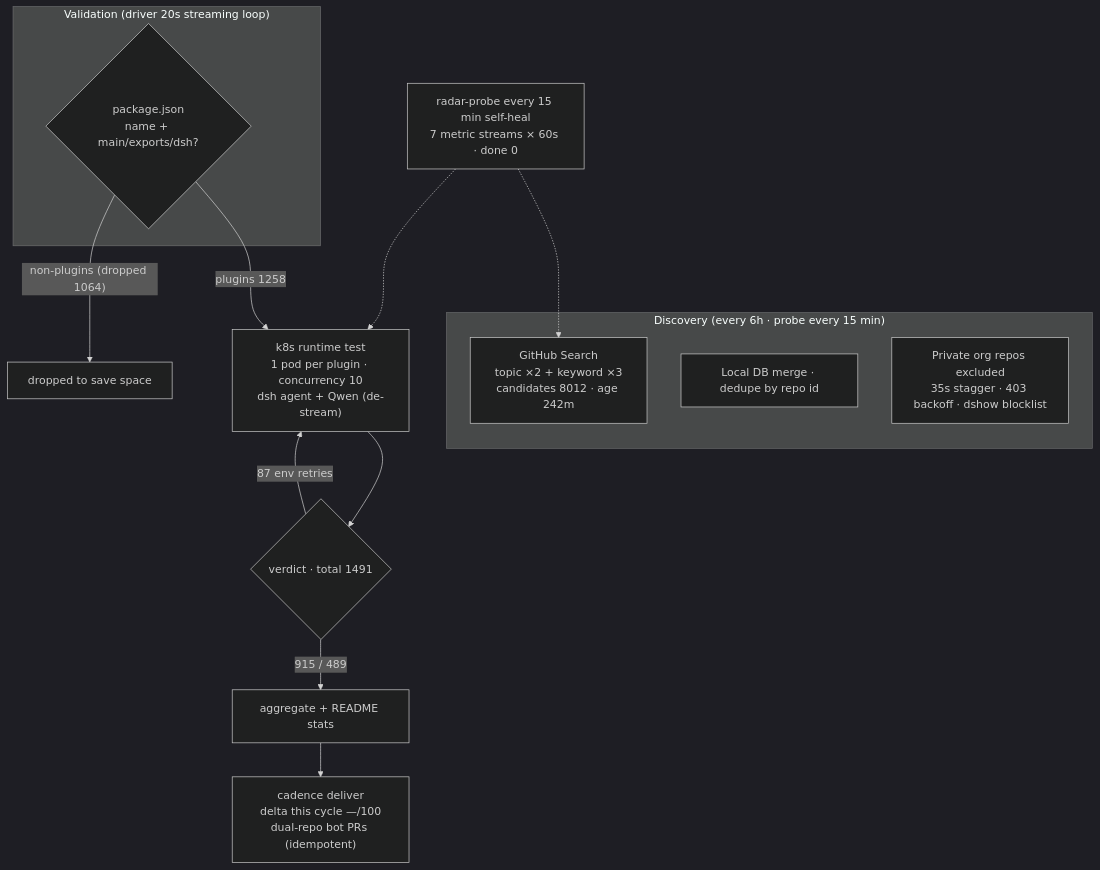
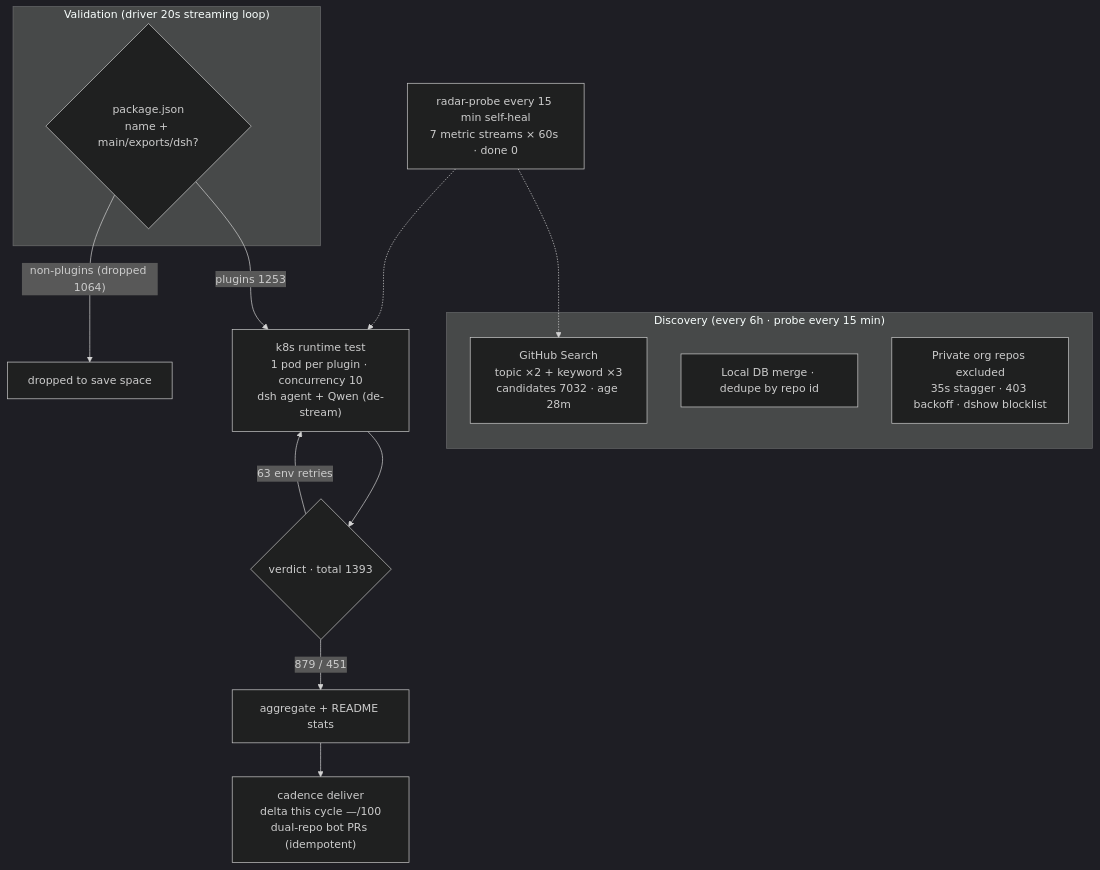
The diagram in README.en-US.md (AdamPlatin123/awesome-dsh-plugins), drawn with Mermaid (dark theme) before and after one commit. The commit also changed other lines of this file and 2 other files, not shown here.

````diff
--- a/README.en-US.md
+++ b/README.en-US.md
@@ -24,19 +24,19 @@
 ```mermaid
 flowchart TB
     subgraph Discovery[" Discovery (every 6h · probe every 15 min)"]
-        A1["GitHub Search<br/>topic ×2 + keyword ×3<br/>candidates 8012 · age 242m"]
+        A1["GitHub Search<br/>topic ×2 + keyword ×3<br/>candidates 7032 · age 28m"]
         A2["Local DB merge · dedupe by repo id"]
         A3[" Private org repos excluded<br/>35s stagger · 403 backoff · dshow blocklist"]
     end
     subgraph Validation[" Validation (driver 20s streaming loop)"]
         B1{"package.json<br/>name + main/exports/dsh?"}
     end
-    B1 -->|"plugins 1258"| C1["k8s runtime test<br/>1 pod per plugin · concurrency 10<br/>dsh agent + Qwen (de-stream)"]
+    B1 -->|"plugins 1253"| C1["k8s runtime test<br/>1 pod per plugin · concurrency 10<br/>dsh agent + Qwen (de-stream)"]
     B1 -->|"non-plugins (dropped 1064)"| B3[" dropped to save space"]
-    C1 --> D1{"verdict · total 1491"}
-    D1 -->|" 915 /  489"| E1["aggregate + README stats"]
-    D1 -->|" 87 env retries"| C1
+    C1 --> D1{"verdict · total 1393"}
+    D1 -->|" 879 /  451"| E1["aggregate + README stats"]
+    D1 -->|" 63 env retries"| C1
     E1 --> E2["cadence deliver<br/>delta this cycle —/100<br/>dual-repo bot PRs (idempotent)"]
     M[" radar-probe every 15 min self-heal<br/>7 metric streams × 60s · done 0"] -.-> A1
     M -.-> C1
 ```
````
